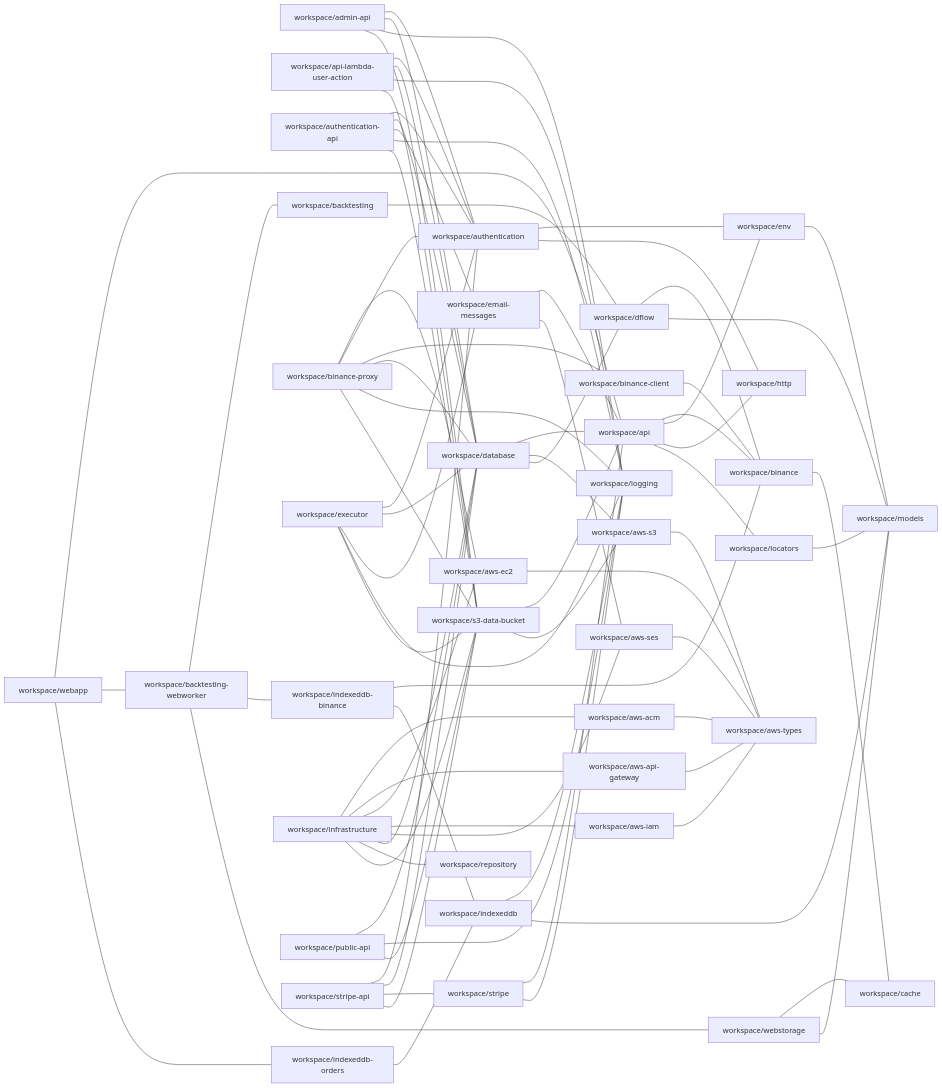
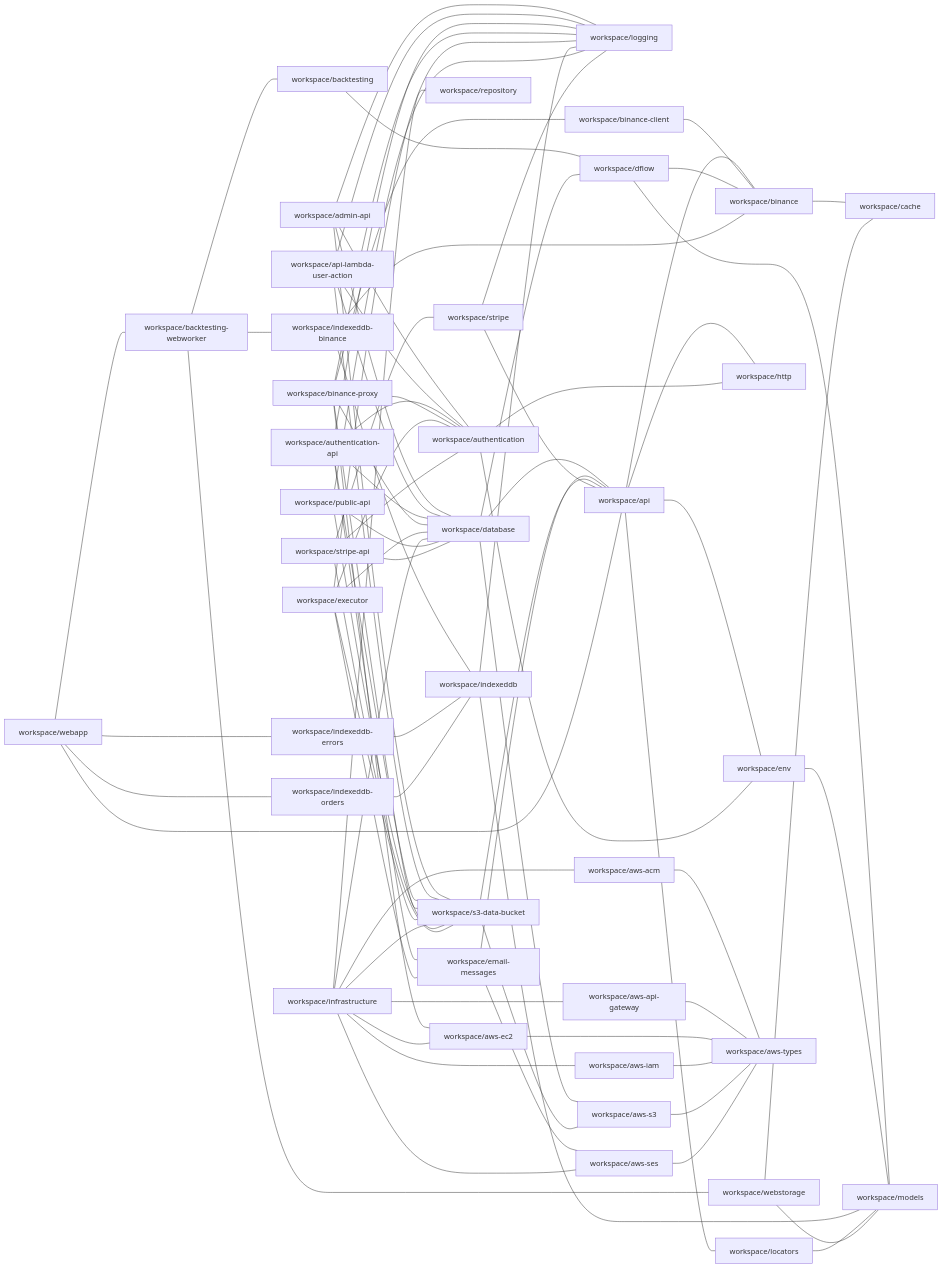
The diagram in repository/docs/npm-dependencies.md (ggbot-org/ggbot), drawn with Mermaid before and after one commit. The commit also changed 24 other files, not shown here.

```diff
--- a/repository/docs/npm-dependencies.md
+++ b/repository/docs/npm-dependencies.md
@@ -58,6 +58,7 @@
     workspace/indexeddb --- workspace/models
     workspace/indexeddb-binance --- workspace/binance
     workspace/indexeddb-binance --- workspace/indexeddb
+    workspace/indexeddb-errors --- workspace/indexeddb
     workspace/indexeddb-orders --- workspace/indexeddb
     workspace/infrastructure --- workspace/aws-acm
     workspace/infrastructure --- workspace/aws-api-gateway
@@ -81,6 +82,7 @@
     workspace/stripe-api --- workspace/s3-data-bucket
     workspace/webapp --- workspace/api
     workspace/webapp --- workspace/backtesting-webworker
+    workspace/webapp --- workspace/indexeddb-errors
     workspace/webapp --- workspace/indexeddb-orders
     workspace/webstorage --- workspace/cache
     workspace/webstorage --- workspace/models
```
